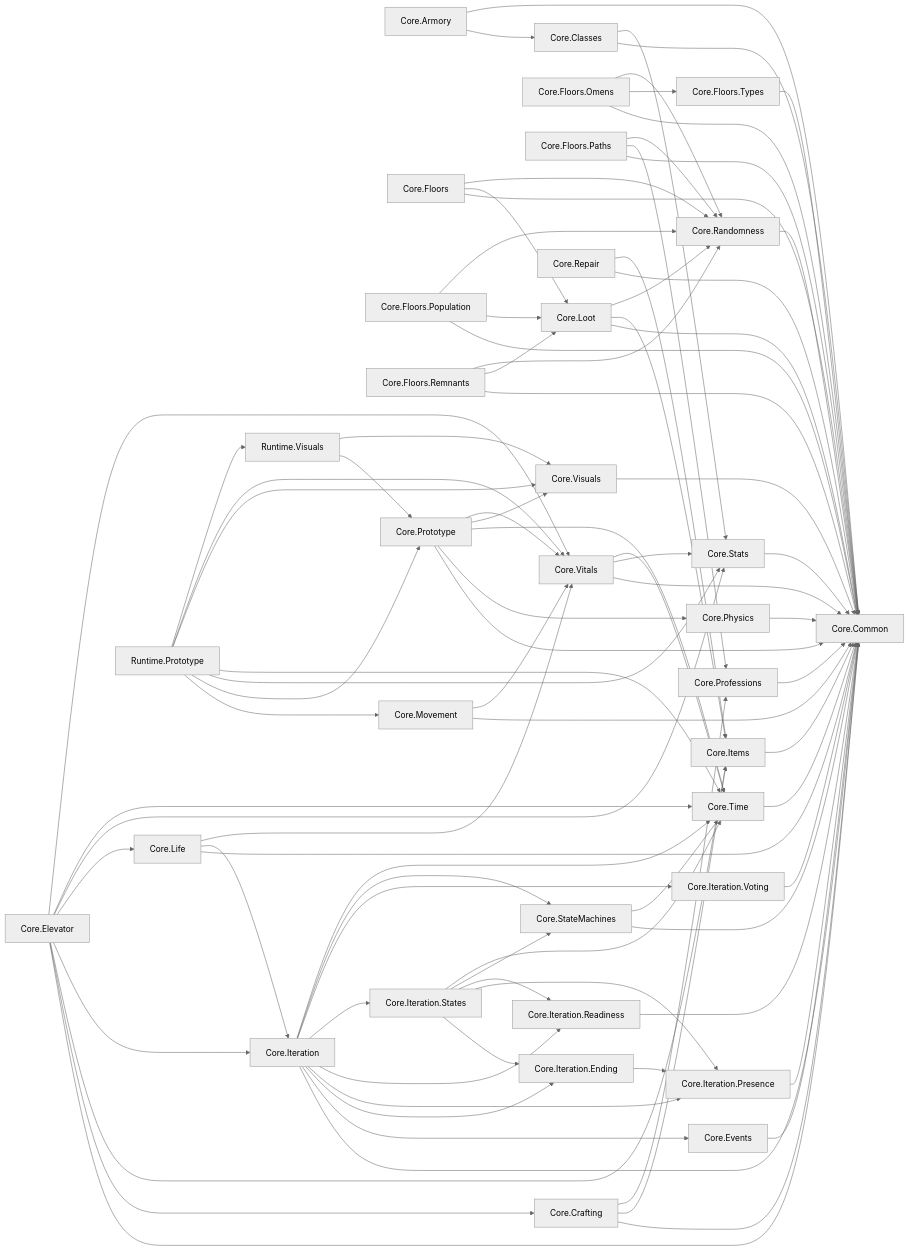
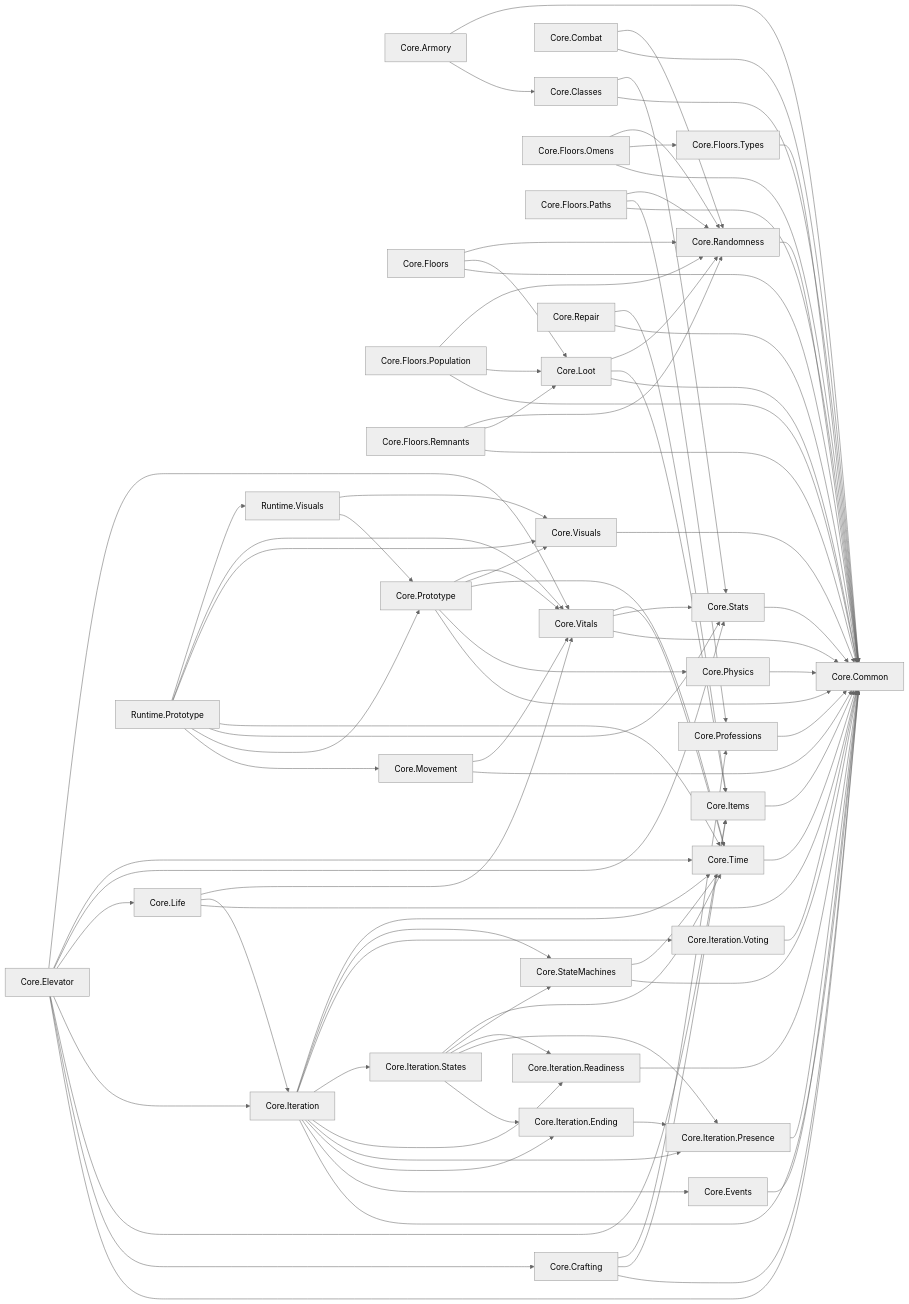
One commit to LazaroPol/Acensor changed the diagram in docs/arquitectura/MODULOS.md. Above: the diagram before and after it, drawn with Mermaid (neutral theme). The commit also changed other lines of this file and 16 other files, not shown here.

````diff
--- a/docs/arquitectura/MODULOS.md
+++ b/docs/arquitectura/MODULOS.md
@@ -46,70 +47,72 @@
 ```mermaid
 flowchart LR
   n0["Core.Armory"]
   n1["Core.Classes"]
-  n2["Core.Common"]
-  n3["Core.Crafting"]
-  n4["Core.Elevator"]
-  n5["Core.Events"]
-  n6["Core.Floors"]
-  n7["Core.Floors.Omens"]
-  n8["Core.Floors.Paths"]
-  n9["Core.Floors.Population"]
-  n10["Core.Floors.Remnants"]
-  n11["Core.Floors.Types"]
-  n12["Core.Items"]
-  n13["Core.Iteration"]
-  n14["Core.Iteration.Ending"]
-  n15["Core.Iteration.Presence"]
-  n16["Core.Iteration.Readiness"]
-  n17["Core.Iteration.States"]
-  n18["Core.Iteration.Voting"]
-  n19["Core.Life"]
-  n20["Core.Loot"]
-  n21["Core.Movement"]
-  n22["Core.Physics"]
-  n23["Core.Professions"]
-  n24["Core.Prototype"]
-  n25["Core.Randomness"]
-  n26["Core.Repair"]
-  n27["Core.StateMachines"]
-  n28["Core.Stats"]
-  n29["Core.Time"]
-  n30["Core.Visuals"]
-  n31["Core.Vitals"]
-  n32["Runtime.Prototype"]
-  n33["Runtime.Visuals"]
-  n0 --> n1 & n2
-  n1 --> n2 & n28
-  n3 --> n2 & n12 & n23
-  n4 --> n2 & n3 & n12 & n13 & n19 & n28 & n29 & n31
-  n5 --> n2
-  n6 --> n2 & n20 & n25
-  n7 --> n2 & n11 & n25
-  n8 --> n2 & n23 & n25
-  n9 --> n2 & n20 & n25
-  n10 --> n2 & n20 & n25
-  n11 --> n2
-  n12 --> n2
-  n13 --> n2 & n5 & n14 & n15 & n16 & n17 & n18 & n27 & n29
-  n14 --> n15
-  n15 --> n2
-  n16 --> n2
-  n17 --> n14 & n15 & n16 & n27 & n29
-  n18 --> n2
-  n19 --> n2 & n13 & n31
-  n20 --> n2 & n12 & n25
-  n21 --> n2 & n31
-  n22 --> n2
-  n23 --> n2
-  n24 --> n2 & n22 & n29 & n30 & n31
-  n25 --> n2
-  n26 --> n2 & n12
-  n27 --> n2 & n29
-  n28 --> n2
-  n29 --> n2
-  n30 --> n2
-  n31 --> n2 & n28 & n29
-  n32 --> n21 & n24 & n28 & n29 & n30 & n31 & n33
-  n33 --> n24 & n30
+  n2["Core.Combat"]
+  n3["Core.Common"]
+  n4["Core.Crafting"]
+  n5["Core.Elevator"]
+  n6["Core.Events"]
+  n7["Core.Floors"]
+  n8["Core.Floors.Omens"]
+  n9["Core.Floors.Paths"]
+  n10["Core.Floors.Population"]
+  n11["Core.Floors.Remnants"]
+  n12["Core.Floors.Types"]
+  n13["Core.Items"]
+  n14["Core.Iteration"]
+  n15["Core.Iteration.Ending"]
+  n16["Core.Iteration.Presence"]
+  n17["Core.Iteration.Readiness"]
+  n18["Core.Iteration.States"]
+  n19["Core.Iteration.Voting"]
+  n20["Core.Life"]
+  n21["Core.Loot"]
+  n22["Core.Movement"]
+  n23["Core.Physics"]
+  n24["Core.Professions"]
+  n25["Core.Prototype"]
+  n26["Core.Randomness"]
+  n27["Core.Repair"]
+  n28["Core.StateMachines"]
+  n29["Core.Stats"]
+  n30["Core.Time"]
+  n31["Core.Visuals"]
+  n32["Core.Vitals"]
+  n33["Runtime.Prototype"]
+  n34["Runtime.Visuals"]
+  n0 --> n1 & n3
+  n1 --> n3 & n29
+  n2 --> n3 & n26
+  n4 --> n3 & n13 & n24
+  n5 --> n3 & n4 & n13 & n14 & n20 & n29 & n30 & n32
+  n6 --> n3
+  n7 --> n3 & n21 & n26
+  n8 --> n3 & n12 & n26
+  n9 --> n3 & n24 & n26
+  n10 --> n3 & n21 & n26
+  n11 --> n3 & n21 & n26
+  n12 --> n3
+  n13 --> n3
+  n14 --> n3 & n6 & n15 & n16 & n17 & n18 & n19 & n28 & n30
+  n15 --> n16
+  n16 --> n3
+  n17 --> n3
+  n18 --> n15 & n16 & n17 & n28 & n30
+  n19 --> n3
+  n20 --> n3 & n14 & n32
+  n21 --> n3 & n13 & n26
+  n22 --> n3 & n32
+  n23 --> n3
+  n24 --> n3
+  n25 --> n3 & n23 & n30 & n31 & n32
+  n26 --> n3
+  n27 --> n3 & n13
+  n28 --> n3 & n30
+  n29 --> n3
+  n30 --> n3
+  n31 --> n3
+  n32 --> n3 & n29 & n30
+  n33 --> n22 & n25 & n29 & n30 & n31 & n32 & n34
+  n34 --> n25 & n31
 ```
````
